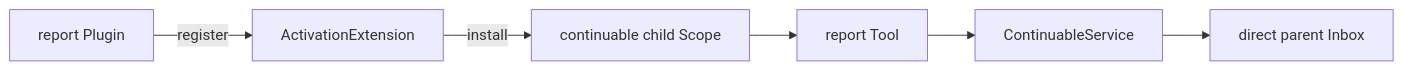
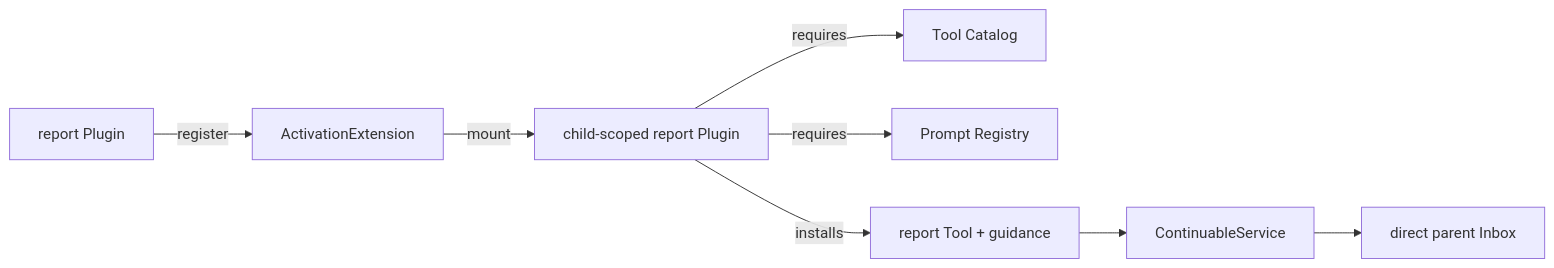
Before and after one commit to gorenx/goren: the diagram in subagent/report/README.zh-CN.md, drawn with Mermaid. The commit also changed other lines of this file and 5 other files, not shown here.

````diff
--- a/subagent/report/README.zh-CN.md
+++ b/subagent/report/README.zh-CN.md
@@ -5,8 +5,10 @@
 ```mermaid
 flowchart LR
     Plugin[report Plugin] -->|register| Extension[ActivationExtension]
-    Extension -->|install| Child[continuable child Scope]
-    Child --> Tool[report Tool]
-    Tool --> Continue[ContinuableService]
+    Extension -->|mount| ChildPlugin[child-scoped report Plugin]
+    ChildPlugin -->|requires| Tool[Tool Catalog]
+    ChildPlugin -->|requires| Prompt[Prompt Registry]
+    ChildPlugin -->|installs| Report[report Tool + guidance]
+    Report --> Continue[ContinuableService]
     Continue --> Parent[direct parent Inbox]
 ```
````
